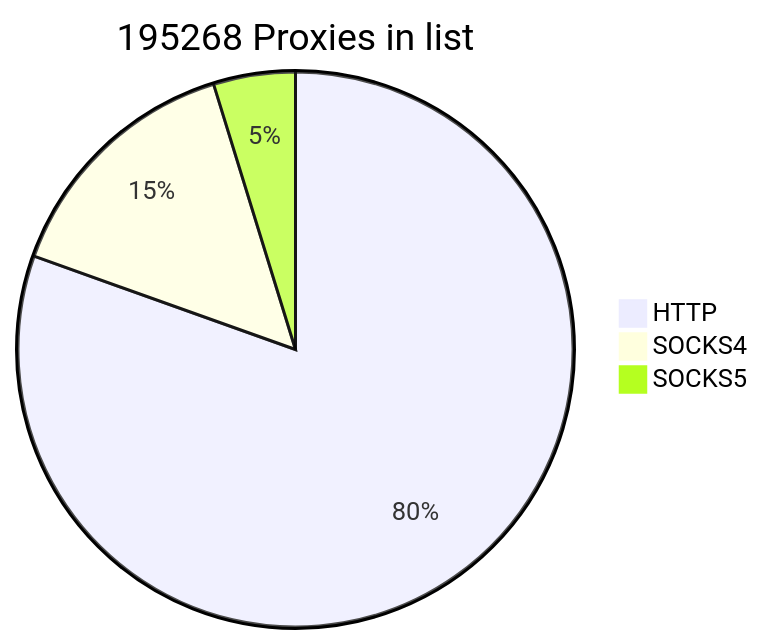
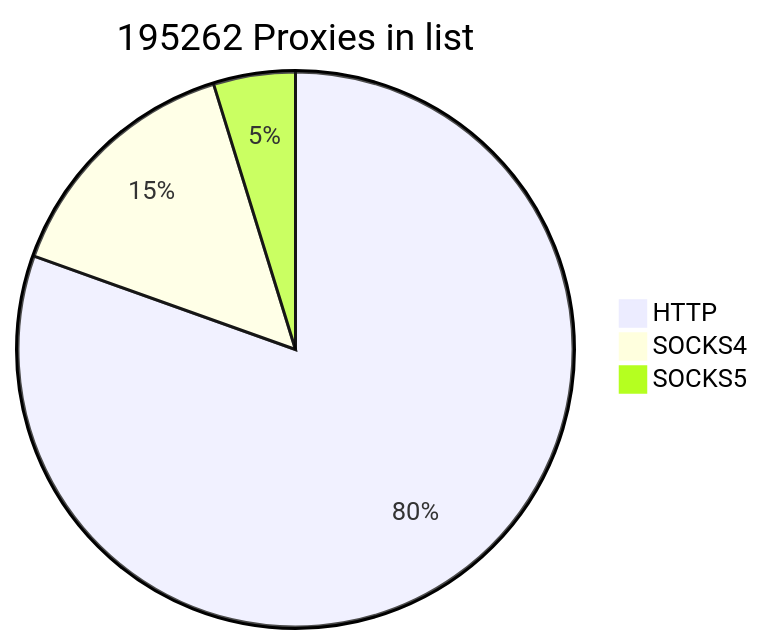
One commit to cutipu/proxylist changed the first of 2 diagrams in README.md. Above: the diagram before and after it, drawn with Mermaid. The commit also changed other lines of this file, not shown here.

````diff
--- a/README.md
+++ b/README.md
@@ -2,7 +2,7 @@
 ```mermaid
-pie title 195268 Proxies in list
-    "HTTP" : 157107
-    "SOCKS4" : 28858
-    "SOCKS5" : 9303
+pie title 195262 Proxies in list
+    "HTTP" : 157106
+    "SOCKS4" : 28855
+    "SOCKS5" : 9301
             
 ```
````
